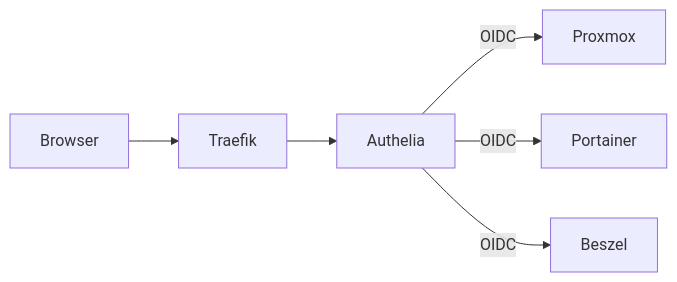
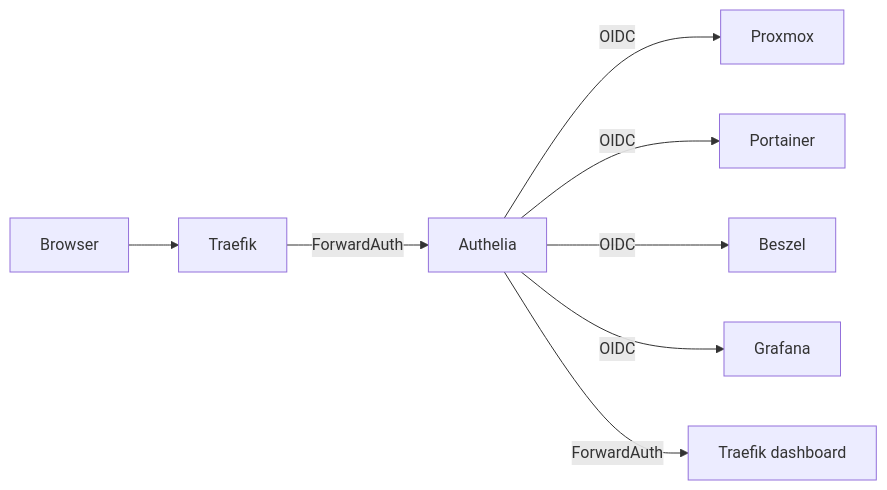
One commit to GabinSMD/homelab-doc changed the diagram in docs/services/authelia.md. Above: the diagram before and after it, drawn with Mermaid. The commit also changed other lines of this file and 7 other files, not shown here.

First line of the commit message:
docs: consolidation securite + Grafana OIDC + cleanup

````diff
--- a/docs/services/authelia.md
+++ b/docs/services/authelia.md
@@ -15,8 +15,10 @@
 ```mermaid
 graph LR
     Browser --> Traefik
-    Traefik --> Authelia
+    Traefik -->|ForwardAuth| Authelia
     Authelia -->|OIDC| Proxmox
     Authelia -->|OIDC| Portainer
     Authelia -->|OIDC| Beszel
+    Authelia -->|OIDC| Grafana
+    Authelia -->|ForwardAuth| Traefik_dash[Traefik dashboard]
 ```
````
